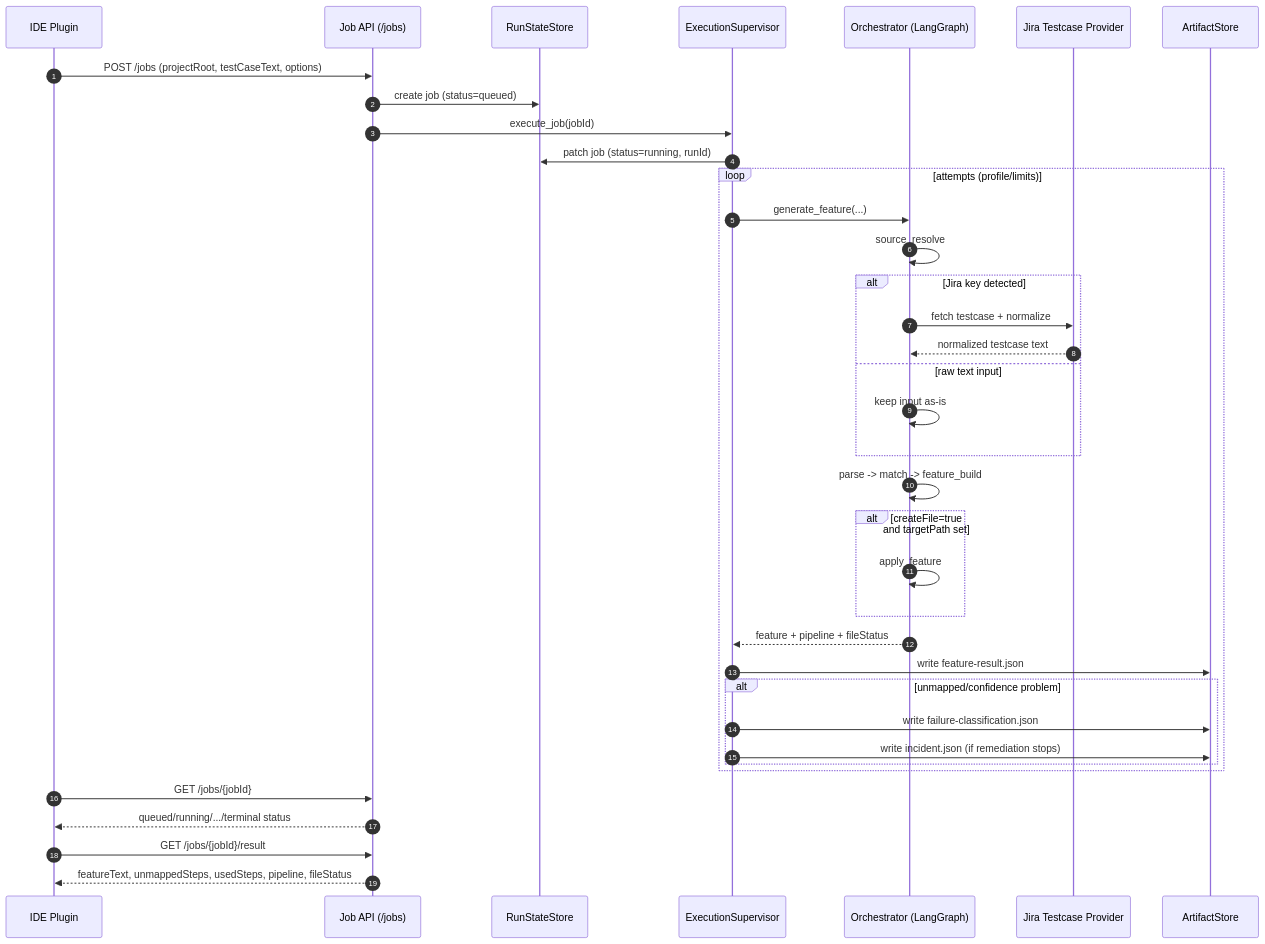
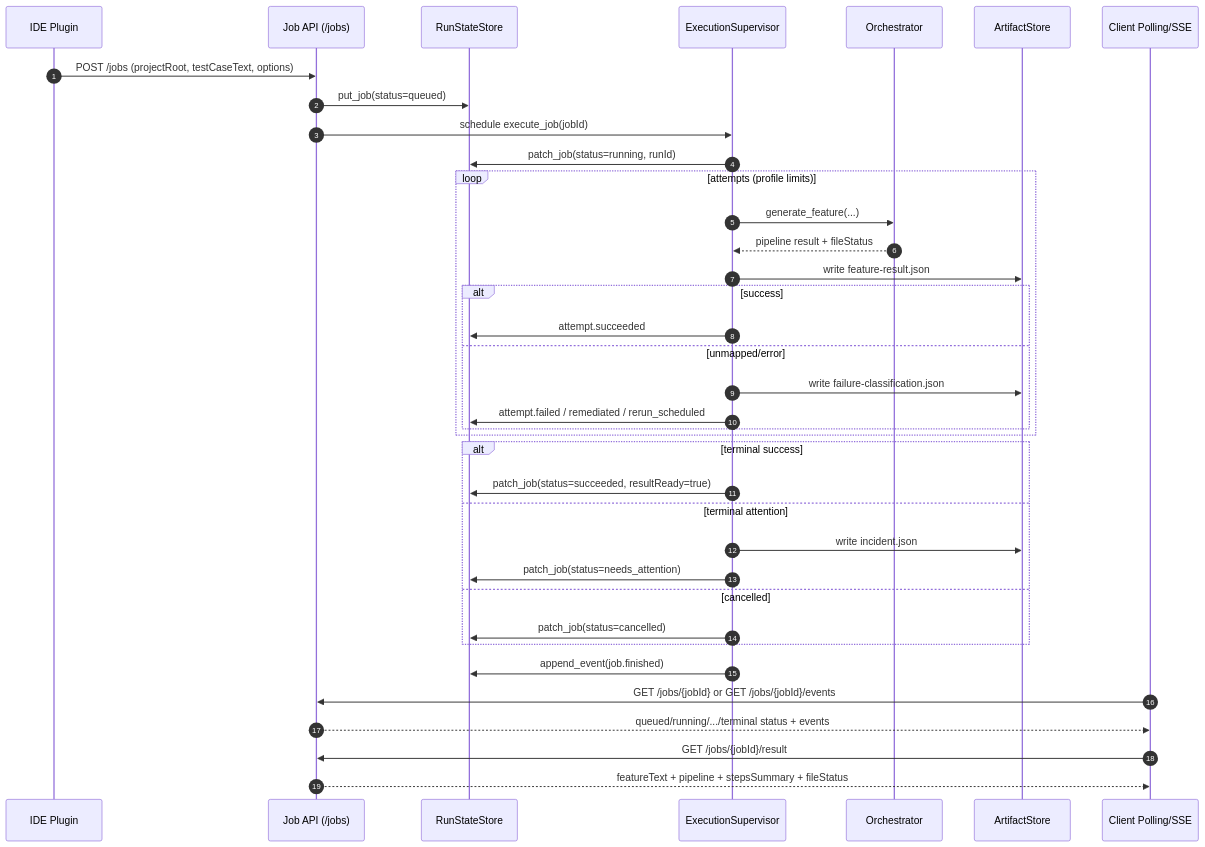
The diagram in README.md (Vadim152/agent-service), drawn with Mermaid before and after one commit. The commit also changed other lines of this file and 1 other file, not shown here.

````diff
--- a/README.md
+++ b/README.md
@@ -19,42 +142,43 @@
 ```mermaid
 sequenceDiagram
     autonumber
     participant IDE as IDE Plugin
     participant Jobs as Job API (/jobs)
     participant State as RunStateStore
     participant Sup as ExecutionSupervisor
-    participant Orch as Orchestrator (LangGraph)
-    participant Jira as Jira Testcase Provider
+    participant Orch as Orchestrator
     participant Art as ArtifactStore
+    participant Client as Client Polling/SSE
 
     IDE->>Jobs: POST /jobs (projectRoot, testCaseText, options)
-    Jobs->>State: create job (status=queued)
-    Jobs->>Sup: execute_job(jobId)
+    Jobs->>State: put_job(status=queued)
+    Jobs->>Sup: schedule execute_job(jobId)
 
-    Sup->>State: patch job (status=running, runId)
-    loop attempts (profile/limits)
+    Sup->>State: patch_job(status=running, runId)
+    loop attempts (profile limits)
         Sup->>Orch: generate_feature(...)
-        Orch->>Orch: source_resolve
-        alt Jira key detected
-            Orch->>Jira: fetch testcase + normalize
-            Jira-->>Orch: normalized testcase text
-        else raw text input
-            Orch->>Orch: keep input as-is
-        end
-        Orch->>Orch: parse -> match -> feature_build
-        alt createFile=true and targetPath set
-            Orch->>Orch: apply_feature
-        end
-        Orch-->>Sup: feature + pipeline + fileStatus
+        Orch-->>Sup: pipeline result + fileStatus
         Sup->>Art: write feature-result.json
-        alt unmapped/confidence problem
+        alt success
+            Sup->>State: attempt.succeeded
+        else unmapped/error
             Sup->>Art: write failure-classification.json
-            Sup->>Art: write incident.json (if remediation stops)
+            Sup->>State: attempt.failed / remediated / rerun_scheduled
         end
     end
 
-    IDE->>Jobs: GET /jobs/{jobId}
-    Jobs-->>IDE: queued/running/.../terminal status
-    IDE->>Jobs: GET /jobs/{jobId}/result
-    Jobs-->>IDE: featureText, unmappedSteps, usedSteps, pipeline, fileStatus
+    alt terminal success
+        Sup->>State: patch_job(status=succeeded, resultReady=true)
+    else terminal attention
+        Sup->>Art: write incident.json
+        Sup->>State: patch_job(status=needs_attention)
+    else cancelled
+        Sup->>State: patch_job(status=cancelled)
+    end
+    Sup->>State: append_event(job.finished)
+
+    Client->>Jobs: GET /jobs/{jobId} or GET /jobs/{jobId}/events
+    Jobs-->>Client: queued/running/.../terminal status + events
+    Client->>Jobs: GET /jobs/{jobId}/result
+    Jobs-->>Client: featureText + pipeline + stepsSummary + fileStatus
 ```
````
